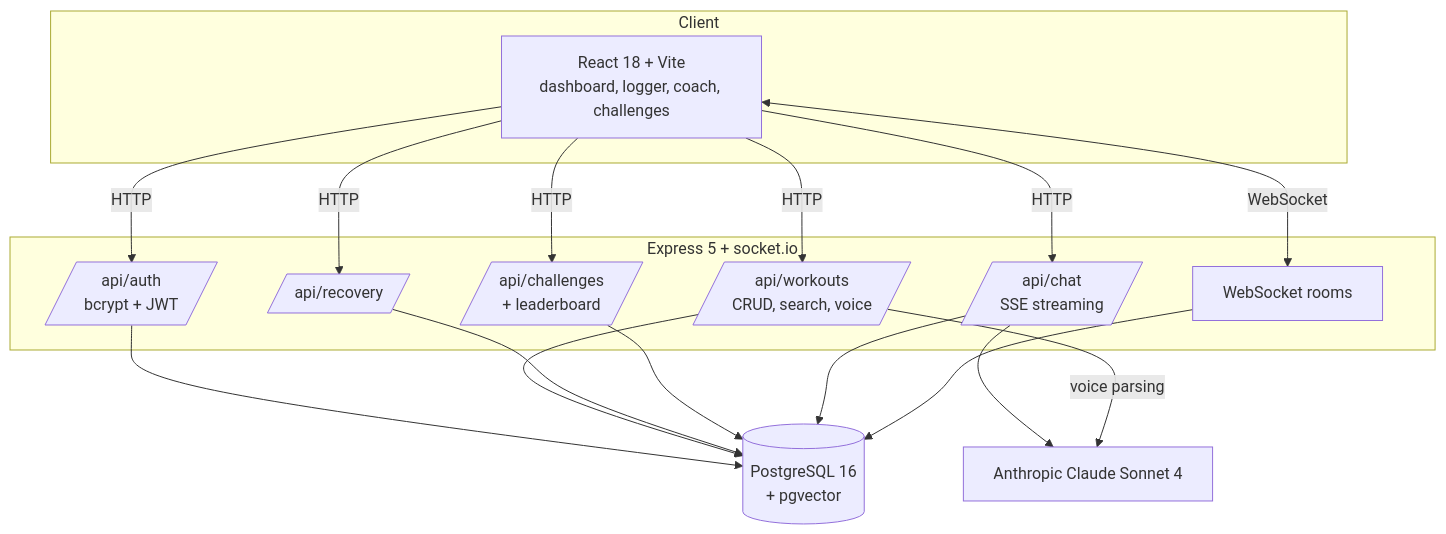
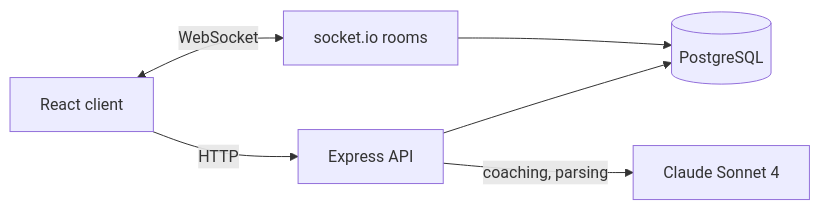
The diagram in README.md (aryansajiv19/ASCEND), drawn with Mermaid before and after one commit. The commit also changed other lines of this file, not shown here.

````diff
--- a/README.md
+++ b/README.md
@@ -40,23 +30,8 @@
 ```mermaid
-flowchart TB
-    subgraph Client
-        UI[React 18 + Vite<br/>dashboard, logger, coach, challenges]
-    end
-    subgraph Server["Express 5 + socket.io"]
-        AUTH[/api/auth<br/>bcrypt + JWT/]
-        W[/api/workouts<br/>CRUD, search, voice/]
-        R[/api/recovery/]
-        C[/api/chat<br/>SSE streaming/]
-        CH[/api/challenges<br/>+ leaderboard/]
-        WS[WebSocket rooms]
-    end
-    DB[(PostgreSQL 16<br/>+ pgvector)]
-    LLM[Anthropic Claude Sonnet 4]
-    UI -- HTTP --> AUTH & W & R & C & CH
-    UI <-- WebSocket --> WS
-    AUTH & W & R & CH --> DB
-    C --> DB
-    C --> LLM
-    W -- voice parsing --> LLM
+flowchart LR
+    UI[React client] -- HTTP --> API[Express API]
+    UI <-- WebSocket --> WS[socket.io rooms]
+    API --> DB[(PostgreSQL)]
     WS --> DB
+    API -- coaching, parsing --> LLM[Claude Sonnet 4]
 ```
````
